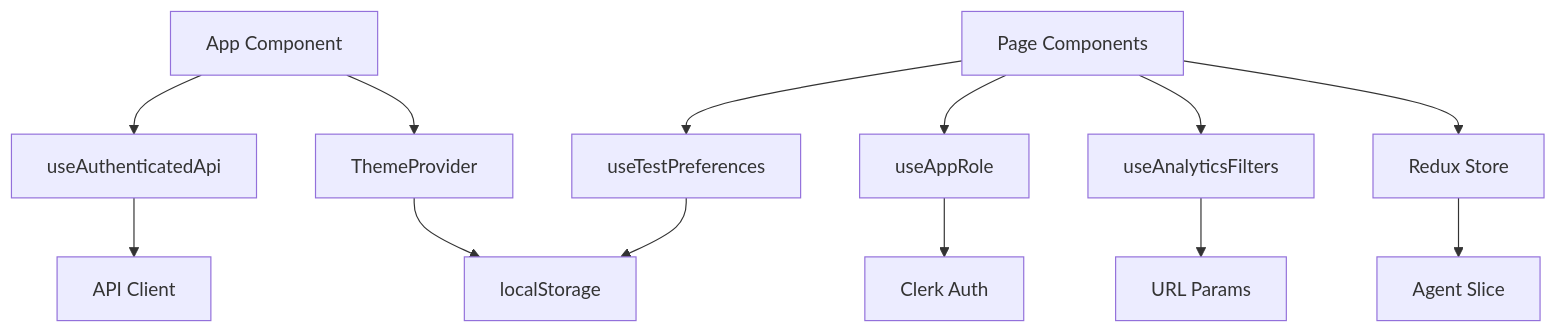
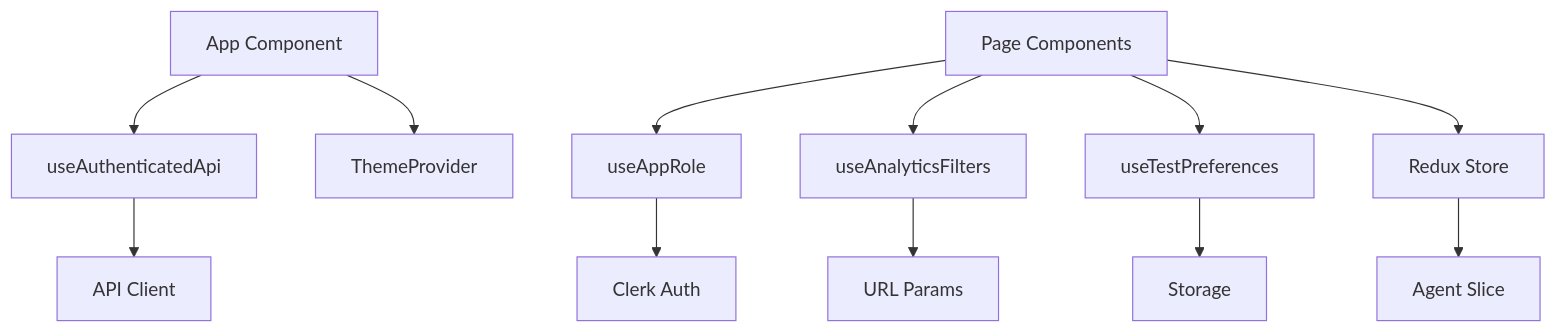
The diagram in wiki/docs/developer-guide/frontend/redux-state.md (projectachilles/ProjectAchilles), drawn with Mermaid before and after one commit. The commit also changed other lines of this file and 136 other files, not shown here.

````diff
--- a/wiki/docs/developer-guide/frontend/redux-state.md
+++ b/wiki/docs/developer-guide/frontend/redux-state.md
@@ -54,19 +54,18 @@
 ```mermaid
 graph TB
     App[App Component] --> Auth[useAuthenticatedApi]
     App --> Theme[ThemeProvider]
 
     Auth --> API[API Client]
 
     Pages[Page Components] --> Role[useAppRole]
     Pages --> Filters[useAnalyticsFilters]
     Pages --> Prefs[useTestPreferences]
     Pages --> Store[Redux Store]
 
     Role --> Clerk[Clerk Auth]
     Store --> Agent[Agent Slice]
 
-    Theme --> Storage[localStorage]
     Prefs --> Storage
     Filters --> URL[URL Params]
 ```
````
